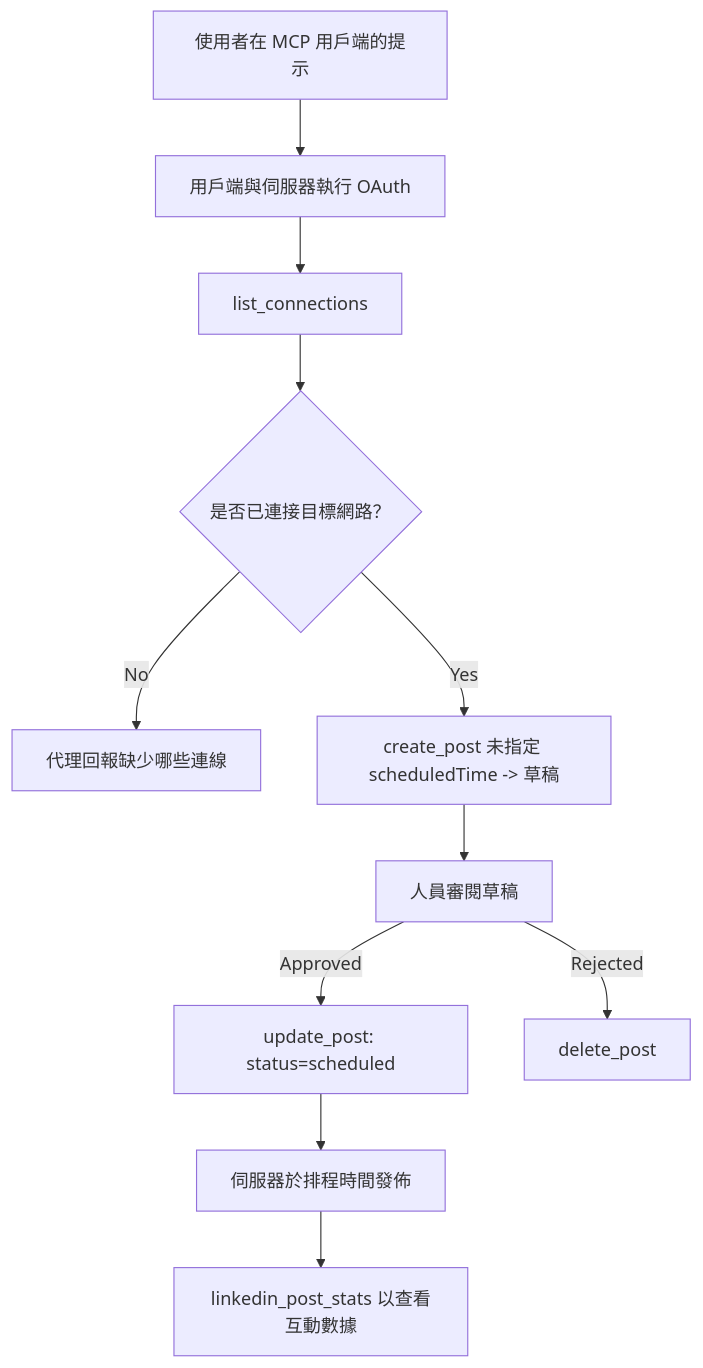
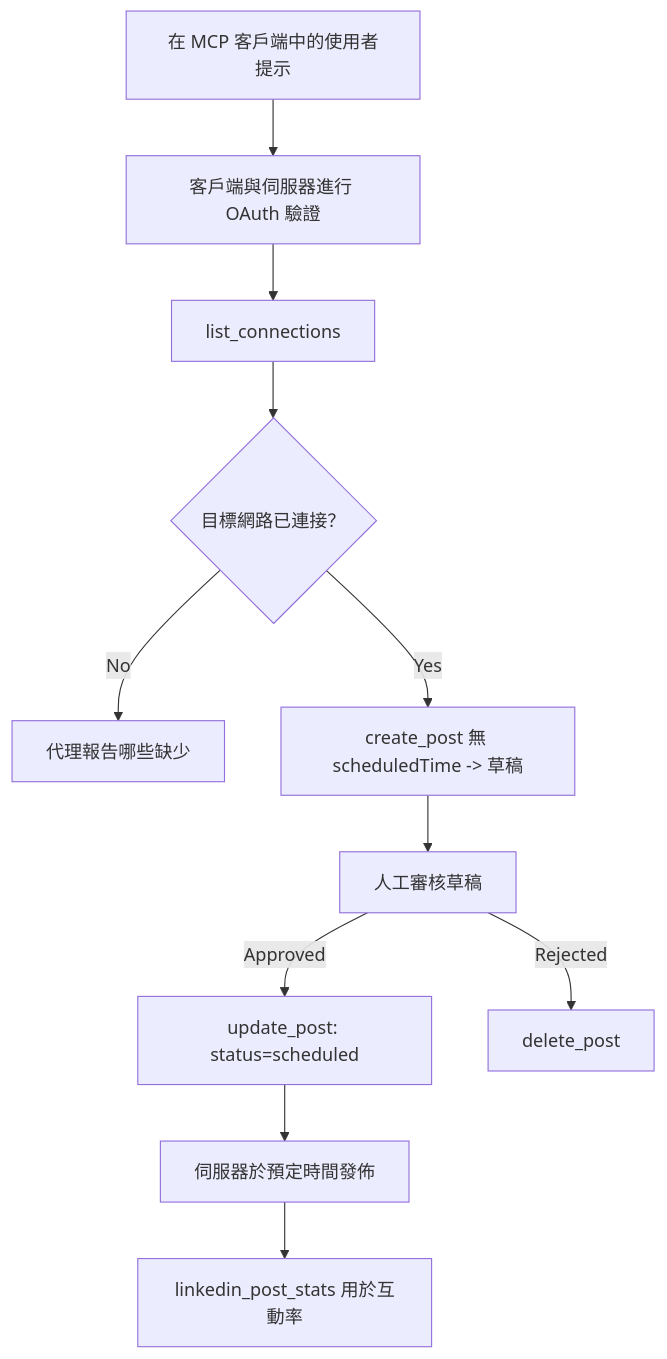
Before and after one commit to microsoft/mcp-for-beginners: the diagram in translations/zh-TW/09-CaseStudy/publora-social-publishing.md, drawn with Mermaid. The commit also changed other lines of this file and 103 other files, not shown here.

````diff
--- a/translations/zh-TW/09-CaseStudy/publora-social-publishing.md
+++ b/translations/zh-TW/09-CaseStudy/publora-social-publishing.md
@@ -47,13 +47,13 @@
 ```mermaid
 flowchart TD
-    A[使用者在 MCP 用戶端的提示] --> B[用戶端與伺服器執行 OAuth]
+    A[在 MCP 客戶端中的使用者提示] --> B[客戶端與伺服器進行 OAuth 驗證]
     B --> C[list_connections]
-    C --> D{是否已連接目標網路？}
-    D -- No --> E[代理回報缺少哪些連線]
-    D -- Yes --> F[create_post 未指定 scheduledTime -> 草稿]
-    F --> G[人員審閱草稿]
+    C --> D{目標網路已連接？}
+    D -- No --> E[代理報告哪些缺少]
+    D -- Yes --> F[create_post 無 scheduledTime -> 草稿]
+    F --> G[人工審核草稿]
     G -- Approved --> H[update_post: status=scheduled]
     G -- Rejected --> I[delete_post]
-    H --> J[伺服器於排程時間發佈]
-    J --> K[linkedin_post_stats 以查看互動數據]
+    H --> J[伺服器於預定時間發佈]
+    J --> K[linkedin_post_stats 用於互動率]
 ```
````
